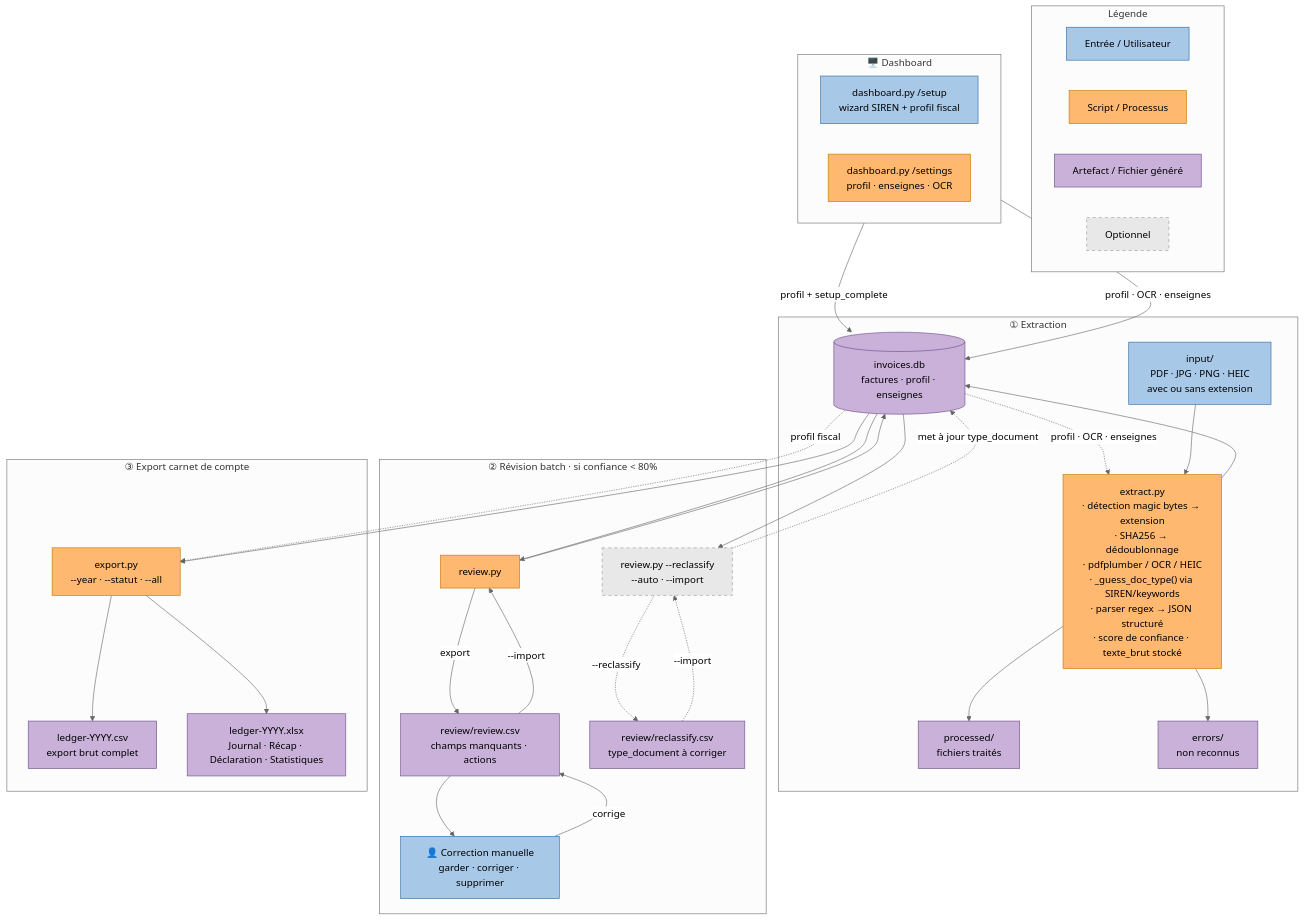
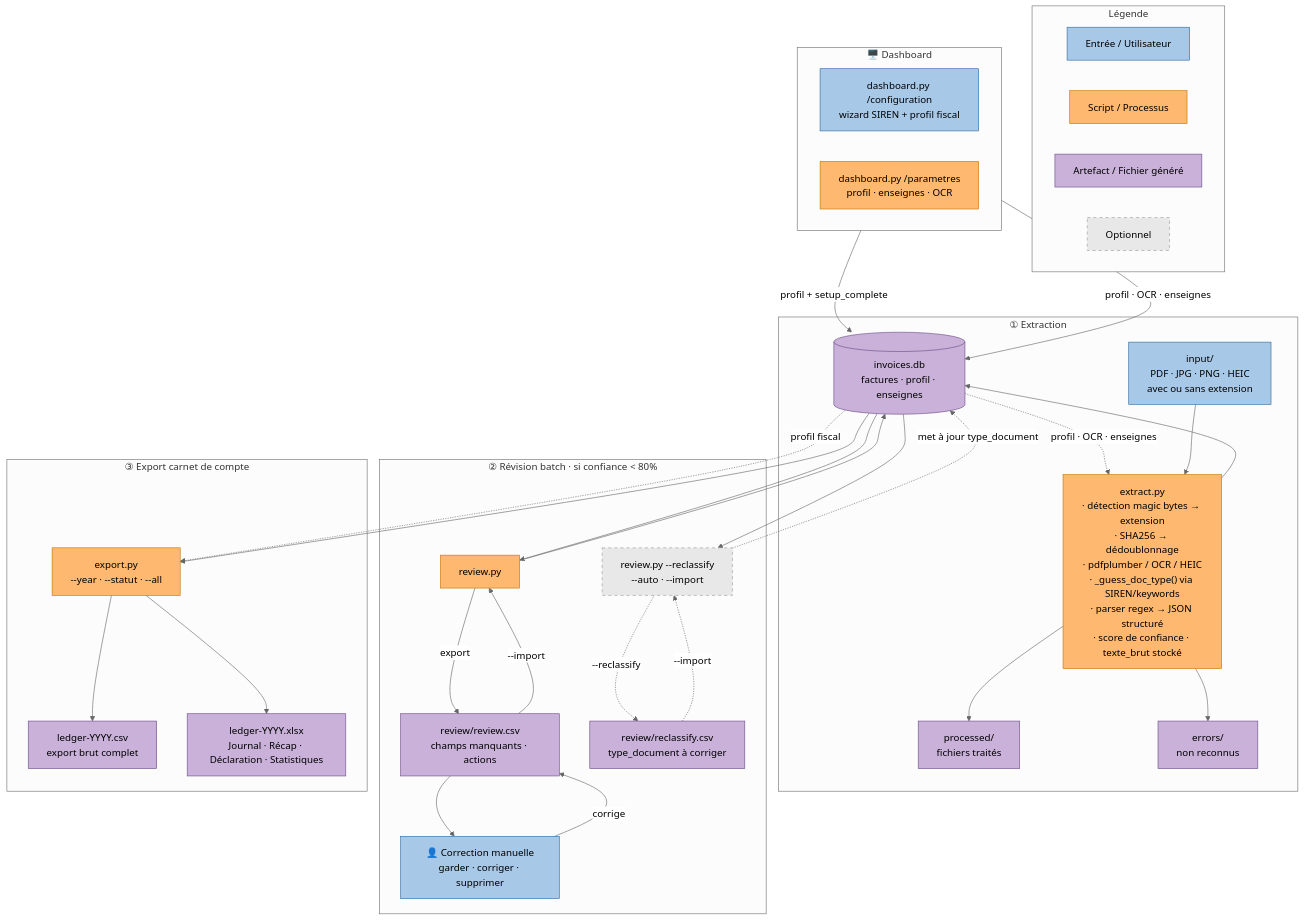
Before and after one commit to ValentinDumas/toolbox: the first of 2 diagrams in invoice-manager/README.md, drawn with Mermaid (neutral theme). The commit also changed other lines of this file and 17 other files, not shown here.

````diff
--- a/invoice-manager/README.md
+++ b/invoice-manager/README.md
@@ -208,75 +230,75 @@
 ```mermaid
 flowchart TD
     classDef input    fill:#A8C8E8,stroke:#2D6A9F,color:#000
     classDef process  fill:#FFB870,stroke:#C47400,color:#000
     classDef artifact fill:#C9B1D9,stroke:#6B4D8A,color:#000
     classDef optional fill:#E8E8E8,stroke:#999,color:#000,stroke-dasharray:5 5
 
     %% ── Légende ──────────────────────────────────────
     subgraph LEG["Légende"]
         direction LR
         L1["Entrée / Utilisateur"]:::input
         L2["Script / Processus"]:::process
         L3["Artefact / Fichier généré"]:::artifact
         L4["Optionnel"]:::optional
     end
 
     %% ── Setup / Dashboard ────────────────────────────
     subgraph DASH["🖥️ Dashboard"]
         direction LR
-        WIZ["dashboard.py /setup\nwizard SIREN + profil fiscal"]:::input
-        SETT["dashboard.py /settings\nprofil · enseignes · OCR"]:::process
+        WIZ["dashboard.py /configuration\nwizard SIREN + profil fiscal"]:::input
+        SETT["dashboard.py /parametres\nprofil · enseignes · OCR"]:::process
     end
 
     %% ── Étape 1 : Extraction ─────────────────────────
     subgraph S1["① Extraction"]
         IN["input/\nPDF · JPG · PNG · HEIC\navec ou sans extension"]:::input
         EX["extract.py\n· détection magic bytes → extension\n· SHA256 → dédoublonnage\n· pdfplumber / OCR / HEIC\n· _guess_doc_type() via SIREN/keywords\n· parser regex → JSON structuré\n· score de confiance · texte_brut stocké"]:::process
         DB[("invoices.db\nfactures · profil · enseignes")]:::artifact
         PR["processed/\nfichiers traités"]:::artifact
         ER["errors/\nnon reconnus"]:::artifact
     end
 
     %% ── Étape 2 : Révision ───────────────────────────
     subgraph S2["② Révision batch  ·  si confiance &lt; 80%"]
         RV["review.py"]:::process
         RC["review/review.csv\nchamps manquants · actions"]:::artifact
         US["👤 Correction manuelle\ngarder · corriger · supprimer"]:::input
         RC2["review/reclassify.csv\ntype_document à corriger"]:::artifact
         RV2["review.py --reclassify\n--auto · --import"]:::optional
     end
 
     %% ── Étape 3 : Export ─────────────────────────────
     subgraph S3["③ Export carnet de compte"]
         EXP["export.py\n--year · --statut · --all"]:::process
         CSV["ledger-YYYY.csv\nexport brut complet"]:::artifact
         XLS["ledger-YYYY.xlsx\nJournal · Récap · Déclaration · Statistiques"]:::artifact
     end
 
     %% ── Connexions ───────────────────────────────────
     WIZ -- "profil + setup_complete" --> DB
     SETT -- "profil · OCR · enseignes" --> DB
     DB -. "profil · OCR · enseignes" .-> EX
     DB -. "profil fiscal" .-> EXP
 
     IN --> EX
     EX --> DB
     EX --> PR
     EX --> ER
 
     DB --> RV
     RV -- "export" --> RC
     RC --> US
     US -- "corrige" --> RC
     RC -- "--import" --> RV
     RV --> DB
 
     DB --> RV2
     RV2 -. "--reclassify" .-> RC2
     RC2 -. "--import" .-> RV2
     RV2 -. "met à jour type_document" .-> DB
 
     DB --> EXP
     EXP --> CSV
     EXP --> XLS
 ```
````
